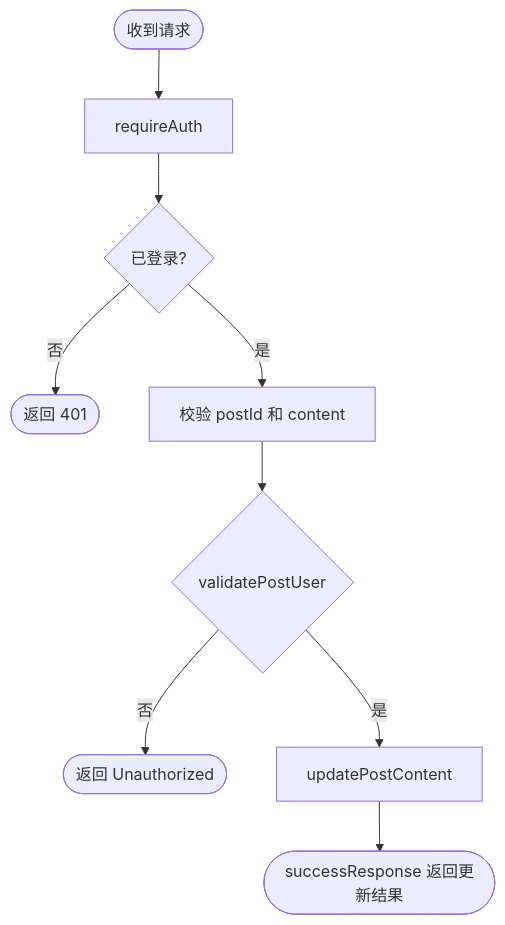
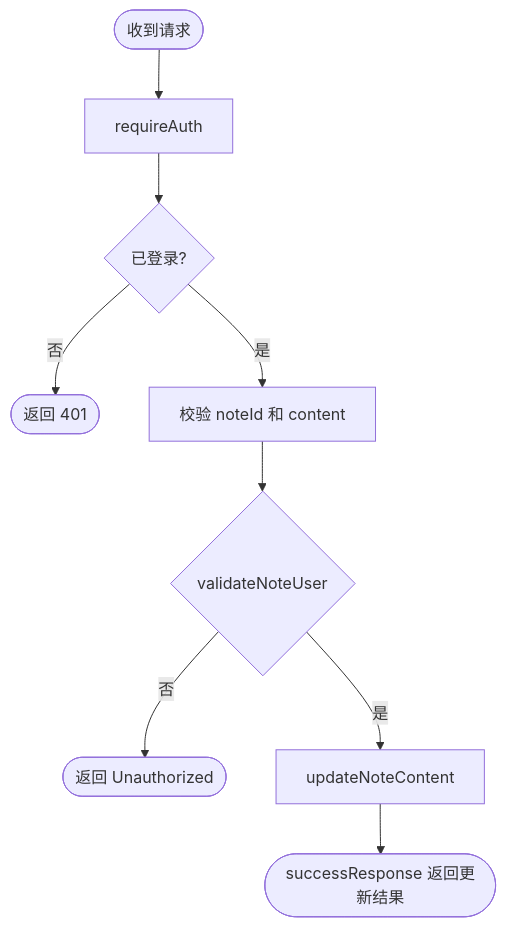
Before and after one commit to dawNotPoi/Nubbi: the second of 13 diagrams in docs/auth-api-catalog.md, drawn with Mermaid. The commit also changed other lines of this file and 61 other files, not shown here.

````diff
--- a/docs/auth-api-catalog.md
+++ b/docs/auth-api-catalog.md
@@ -230,11 +230,11 @@
 ```mermaid
 flowchart TD
   A([收到请求]) --> B[requireAuth]
   B --> C{已登录?}
   C -- 否 --> Z([返回 401])
-  C -- 是 --> D[校验 postId 和 content]
-  D --> E{validatePostUser}
+  C -- 是 --> D[校验 noteId 和 content]
+  D --> E{validateNoteUser}
   E -- 否 --> Y([返回 Unauthorized])
-  E -- 是 --> F[updatePostContent]
+  E -- 是 --> F[updateNoteContent]
   F --> G([successResponse 返回更新结果])
 ```
````
